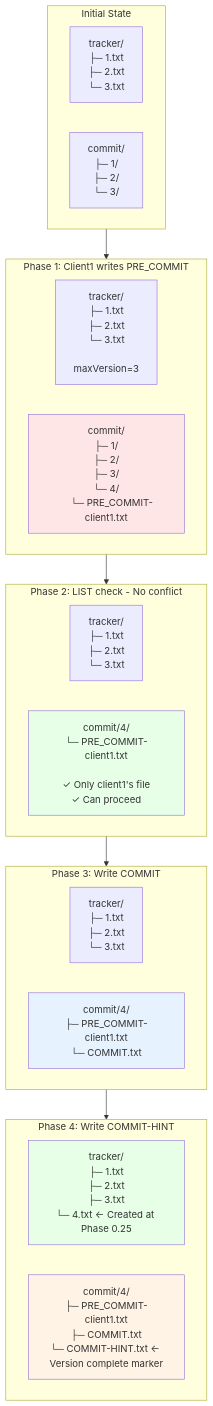
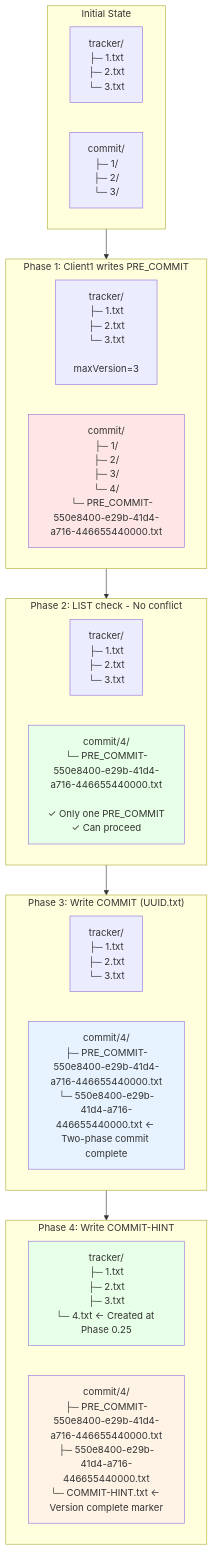
One commit to BsoBird/filesystem-catalog-original changed the second of 3 diagrams in FileTrackerCommitStrategyV2-Explained.md. Above: the diagram before and after it, drawn with Mermaid. The commit also changed other lines of this file, not shown here.

````diff
--- a/FileTrackerCommitStrategyV2-Explained.md
+++ b/FileTrackerCommitStrategyV2-Explained.md
@@ -124,37 +124,37 @@
 ```mermaid
 graph TB
     subgraph State0["Initial State"]
         T0["tracker/<br/>├─ 1.txt<br/>├─ 2.txt<br/>└─ 3.txt"]
         C0["commit/<br/>├─ 1/<br/>├─ 2/<br/>└─ 3/"]
     end
     
     subgraph State1["Phase 1: Client1 writes PRE_COMMIT"]
         T1["tracker/<br/>├─ 1.txt<br/>├─ 2.txt<br/>└─ 3.txt<br/><br/>maxVersion=3"]
-        C1["commit/<br/>├─ 1/<br/>├─ 2/<br/>├─ 3/<br/>└─ 4/<br/>    └─ PRE_COMMIT-client1.txt"]
+        C1["commit/<br/>├─ 1/<br/>├─ 2/<br/>├─ 3/<br/>└─ 4/<br/>    └─ PRE_COMMIT-550e8400-e29b-41d4-a716-446655440000.txt"]
         style C1 fill:#ffe6e6
     end
     
     subgraph State2["Phase 2: LIST check - No conflict"]
         T2["tracker/<br/>├─ 1.txt<br/>├─ 2.txt<br/>└─ 3.txt"]
-        C2["commit/4/<br/>└─ PRE_COMMIT-client1.txt<br/><br/>✓ Only client1's file<br/>✓ Can proceed"]
+        C2["commit/4/<br/>└─ PRE_COMMIT-550e8400-e29b-41d4-a716-446655440000.txt<br/><br/>✓ Only one PRE_COMMIT<br/>✓ Can proceed"]
         style C2 fill:#e6ffe6
     end
     
-    subgraph State3["Phase 3: Write COMMIT"]
+    subgraph State3["Phase 3: Write COMMIT (UUID.txt)"]
         T3["tracker/<br/>├─ 1.txt<br/>├─ 2.txt<br/>└─ 3.txt"]
-        C3["commit/4/<br/>├─ PRE_COMMIT-client1.txt<br/>└─ COMMIT.txt"]
+        C3["commit/4/<br/>├─ PRE_COMMIT-550e8400-e29b-41d4-a716-446655440000.txt<br/>└─ 550e8400-e29b-41d4-a716-446655440000.txt ← Two-phase commit complete"]
         style C3 fill:#e6f3ff
     end
     
     subgraph State4["Phase 4: Write COMMIT-HINT"]
         T4["tracker/<br/>├─ 1.txt<br/>├─ 2.txt<br/>├─ 3.txt<br/>└─ 4.txt ← Created at Phase 0.25"]
-        C4["commit/4/<br/>├─ PRE_COMMIT-client1.txt<br/>├─ COMMIT.txt<br/>└─ COMMIT-HINT.txt ← Version complete marker"]
+        C4["commit/4/<br/>├─ PRE_COMMIT-550e8400-e29b-41d4-a716-446655440000.txt<br/>├─ 550e8400-e29b-41d4-a716-446655440000.txt<br/>└─ COMMIT-HINT.txt ← Version complete marker"]
         style C4 fill:#fff3e6
         style T4 fill:#e6ffe6
     end
     
     State0 --> State1
     State1 --> State2
     State2 --> State3
     State3 --> State4
 ```
````
